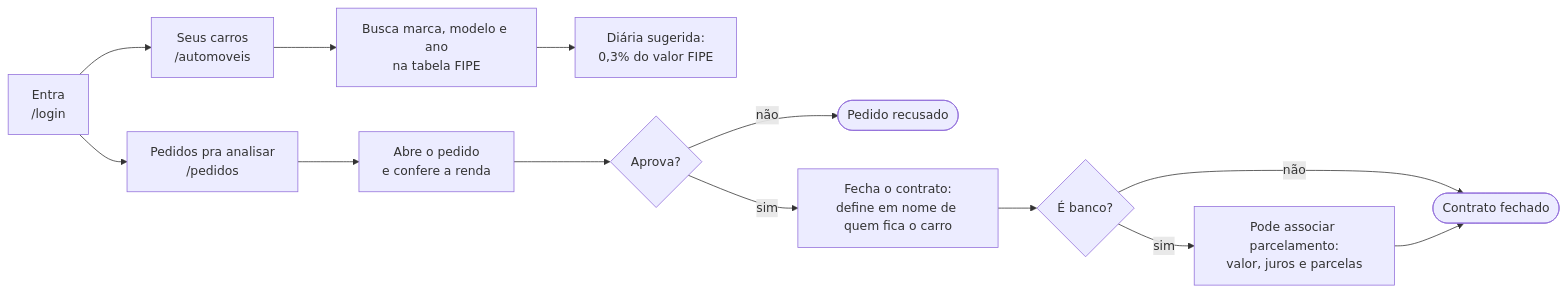
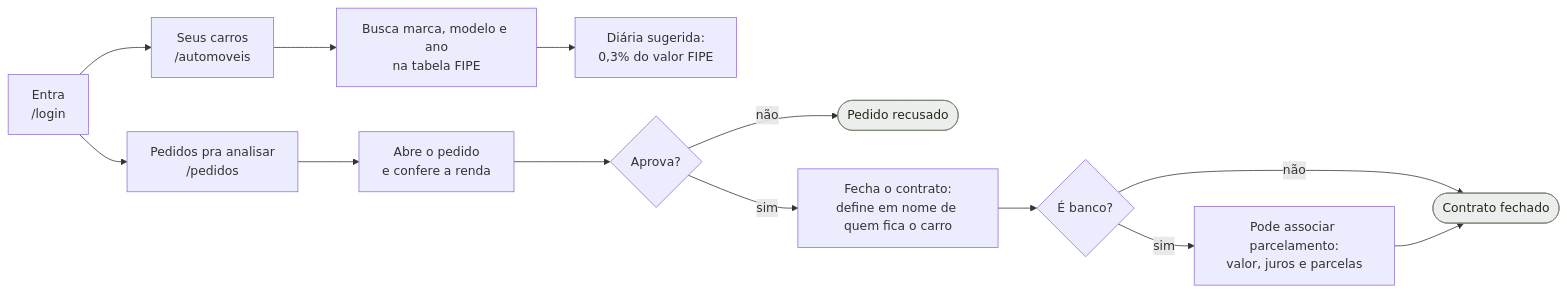
The second of 3 diagrams in README.md (christiano-gonara/AluguelCarro), drawn with Mermaid before and after one commit. The commit also changed other lines of this file and 2 other files, not shown here.

````diff
--- a/README.md
+++ b/README.md
@@ -84,15 +89,18 @@
 ```mermaid
 flowchart LR
     A[Entra<br/>/login] --> B[Pedidos pra analisar<br/>/pedidos]
     A --> C[Seus carros<br/>/automoveis]
     C --> C1[Busca marca, modelo e ano<br/>na tabela FIPE]
     C1 --> C2[Diária sugerida:<br/>0,3% do valor FIPE]
     B --> D[Abre o pedido<br/>e confere a renda]
     D --> E{Aprova?}
     E -- não --> F([Pedido recusado])
     E -- sim --> G[Fecha o contrato:<br/>define em nome de quem fica o carro]
     G --> H{É banco?}
     H -- sim --> I[Pode associar parcelamento:<br/>valor, juros e parcelas]
     H -- não --> J([Contrato fechado])
     I --> J
+
+    classDef fim fill:#ebeeea,stroke:#7b8574,color:#232a1c
+    class F,J fim
 ```
````
